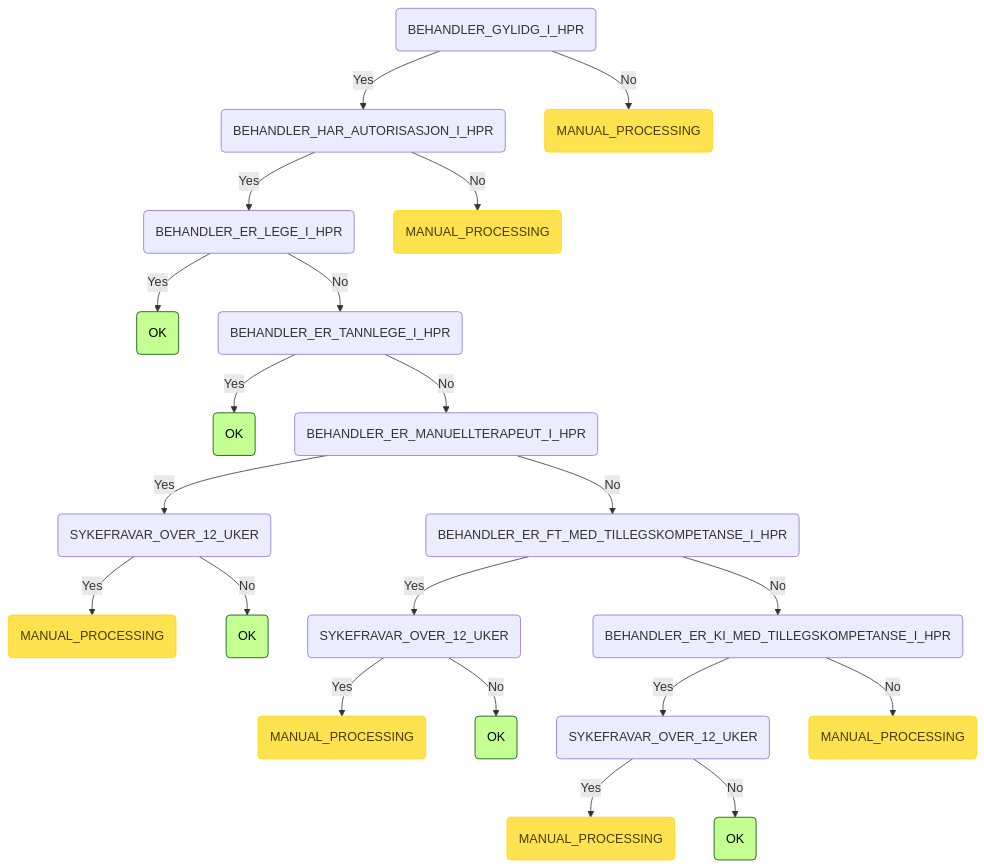
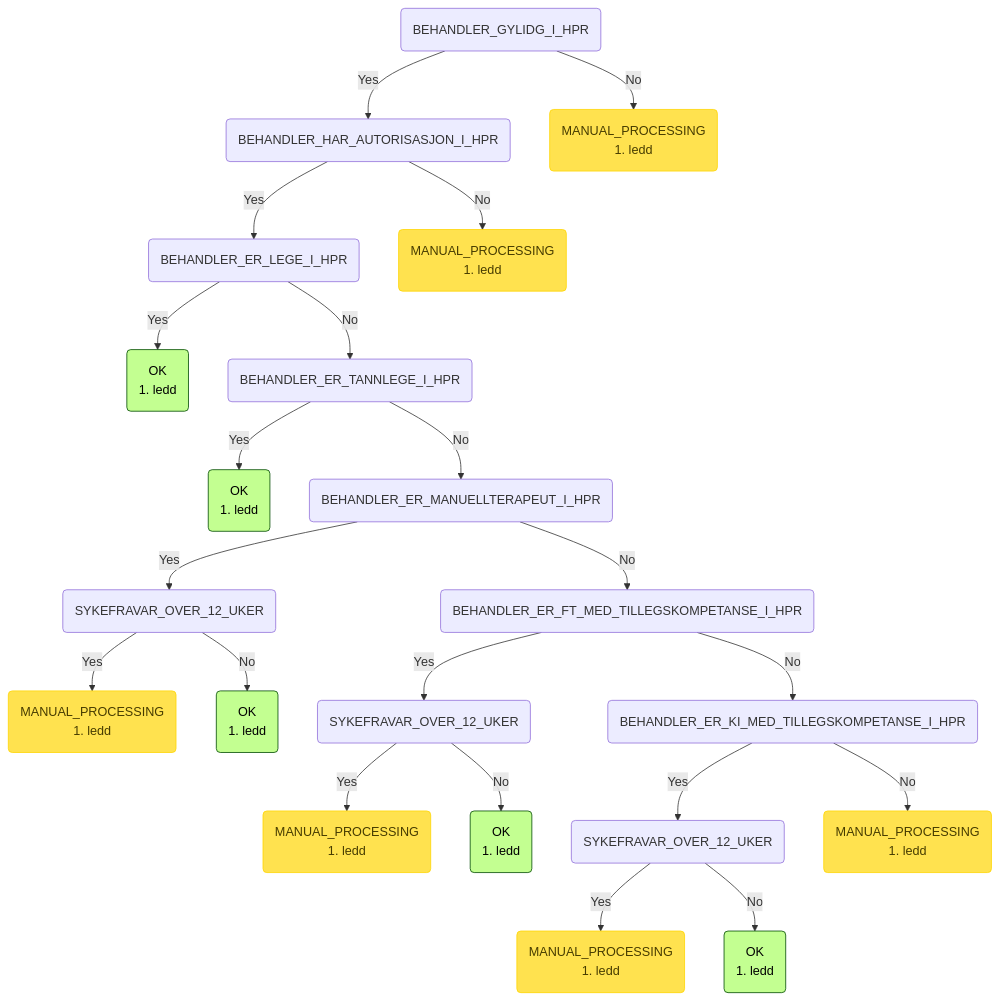
The fourth of 8 diagrams in README.md (navikt/syfosmpapirregler), drawn with Mermaid before and after one commit. The commit also changed other lines of this file and 42 other files, not shown here.

````diff
--- a/README.md
+++ b/README.md
@@ -137,26 +136,31 @@
 ```mermaid
 graph TD
     root(BEHANDLER_GYLIDG_I_HPR) -->|Yes| root_BEHANDLER_GYLIDG_I_HPR_BEHANDLER_HAR_AUTORISASJON_I_HPR(BEHANDLER_HAR_AUTORISASJON_I_HPR)
     root_BEHANDLER_GYLIDG_I_HPR_BEHANDLER_HAR_AUTORISASJON_I_HPR(BEHANDLER_HAR_AUTORISASJON_I_HPR) -->|Yes| root_BEHANDLER_GYLIDG_I_HPR_BEHANDLER_HAR_AUTORISASJON_I_HPR_BEHANDLER_ER_LEGE_I_HPR(BEHANDLER_ER_LEGE_I_HPR)
-    root_BEHANDLER_GYLIDG_I_HPR_BEHANDLER_HAR_AUTORISASJON_I_HPR_BEHANDLER_ER_LEGE_I_HPR(BEHANDLER_ER_LEGE_I_HPR) -->|Yes| root_BEHANDLER_GYLIDG_I_HPR_BEHANDLER_HAR_AUTORISASJON_I_HPR_BEHANDLER_ER_LEGE_I_HPR_OK(OK):::ok
+    root_BEHANDLER_GYLIDG_I_HPR_BEHANDLER_HAR_AUTORISASJON_I_HPR_BEHANDLER_ER_LEGE_I_HPR(BEHANDLER_ER_LEGE_I_HPR) -->|Yes| root_BEHANDLER_GYLIDG_I_HPR_BEHANDLER_HAR_AUTORISASJON_I_HPR_BEHANDLER_ER_LEGE_I_HPR_OK(OK
+1. ledd):::ok
     root_BEHANDLER_GYLIDG_I_HPR_BEHANDLER_HAR_AUTORISASJON_I_HPR_BEHANDLER_ER_LEGE_I_HPR(BEHANDLER_ER_LEGE_I_HPR) -->|No| root_BEHANDLER_GYLIDG_I_HPR_BEHANDLER_HAR_AUTORISASJON_I_HPR_BEHANDLER_ER_LEGE_I_HPR_BEHANDLER_ER_TANNLEGE_I_HPR(BEHANDLER_ER_TANNLEGE_I_HPR)
-    root_BEHANDLER_GYLIDG_I_HPR_BEHANDLER_HAR_AUTORISASJON_I_HPR_BEHANDLER_ER_LEGE_I_HPR_BEHANDLER_ER_TANNLEGE_I_HPR(BEHANDLER_ER_TANNLEGE_I_HPR) -->|Yes| root_BEHANDLER_GYLIDG_I_HPR_BEHANDLER_HAR_AUTORISASJON_I_HPR_BEHANDLER_ER_LEGE_I_HPR_BEHANDLER_ER_TANNLEGE_I_HPR_OK(OK):::ok
+    root_BEHANDLER_GYLIDG_I_HPR_BEHANDLER_HAR_AUTORISASJON_I_HPR_BEHANDLER_ER_LEGE_I_HPR_BEHANDLER_ER_TANNLEGE_I_HPR(BEHANDLER_ER_TANNLEGE_I_HPR) -->|Yes| root_BEHANDLER_GYLIDG_I_HPR_BEHANDLER_HAR_AUTORISASJON_I_HPR_BEHANDLER_ER_LEGE_I_HPR_BEHANDLER_ER_TANNLEGE_I_HPR_OK(OK
+1. ledd):::ok
     root_BEHANDLER_GYLIDG_I_HPR_BEHANDLER_HAR_AUTORISASJON_I_HPR_BEHANDLER_ER_LEGE_I_HPR_BEHANDLER_ER_TANNLEGE_I_HPR(BEHANDLER_ER_TANNLEGE_I_HPR) -->|No| root_BEHANDLER_GYLIDG_I_HPR_BEHANDLER_HAR_AUTORISASJON_I_HPR_BEHANDLER_ER_LEGE_I_HPR_BEHANDLER_ER_TANNLEGE_I_HPR_BEHANDLER_ER_MANUELLTERAPEUT_I_HPR(BEHANDLER_ER_MANUELLTERAPEUT_I_HPR)
     root_BEHANDLER_GYLIDG_I_HPR_BEHANDLER_HAR_AUTORISASJON_I_HPR_BEHANDLER_ER_LEGE_I_HPR_BEHANDLER_ER_TANNLEGE_I_HPR_BEHANDLER_ER_MANUELLTERAPEUT_I_HPR(BEHANDLER_ER_MANUELLTERAPEUT_I_HPR) -->|Yes| root_BEHANDLER_GYLIDG_I_HPR_BEHANDLER_HAR_AUTORISASJON_I_HPR_BEHANDLER_ER_LEGE_I_HPR_BEHANDLER_ER_TANNLEGE_I_HPR_BEHANDLER_ER_MANUELLTERAPEUT_I_HPR_SYKEFRAVAR_OVER_12_UKER(SYKEFRAVAR_OVER_12_UKER)
-    root_BEHANDLER_GYLIDG_I_HPR_BEHANDLER_HAR_AUTORISASJON_I_HPR_BEHANDLER_ER_LEGE_I_HPR_BEHANDLER_ER_TANNLEGE_I_HPR_BEHANDLER_ER_MANUELLTERAPEUT_I_HPR_SYKEFRAVAR_OVER_12_UKER(SYKEFRAVAR_OVER_12_UKER) -->|Yes| root_BEHANDLER_GYLIDG_I_HPR_BEHANDLER_HAR_AUTORISASJON_I_HPR_BEHANDLER_ER_LEGE_I_HPR_BEHANDLER_ER_TANNLEGE_I_HPR_BEHANDLER_ER_MANUELLTERAPEUT_I_HPR_SYKEFRAVAR_OVER_12_UKER_MANUAL_PROCESSING(MANUAL_PROCESSING):::manuell
-    root_BEHANDLER_GYLIDG_I_HPR_BEHANDLER_HAR_AUTORISASJON_I_HPR_BEHANDLER_ER_LEGE_I_HPR_BEHANDLER_ER_TANNLEGE_I_HPR_BEHANDLER_ER_MANUELLTERAPEUT_I_HPR_SYKEFRAVAR_OVER_12_UKER(SYKEFRAVAR_OVER_12_UKER) -->|No| root_BEHANDLER_GYLIDG_I_HPR_BEHANDLER_HAR_AUTORISASJON_I_HPR_BEHANDLER_ER_LEGE_I_HPR_BEHANDLER_ER_TANNLEGE_I_HPR_BEHANDLER_ER_MANUELLTERAPEUT_I_HPR_SYKEFRAVAR_OVER_12_UKER_OK(OK):::ok
+    root_BEHANDLER_GYLIDG_I_HPR_BEHANDLER_HAR_AUTORISASJON_I_HPR_BEHANDLER_ER_LEGE_I_HPR_BEHANDLER_ER_TANNLEGE_I_HPR_BEHANDLER_ER_MANUELLTERAPEUT_I_HPR_SYKEFRAVAR_OVER_12_UKER(SYKEFRAVAR_OVER_12_UKER) -->|Yes| root_BEHANDLER_GYLIDG_I_HPR_BEHANDLER_HAR_AUTORISASJON_I_HPR_BEHANDLER_ER_LEGE_I_HPR_BEHANDLER_ER_TANNLEGE_I_HPR_BEHANDLER_ER_MANUELLTERAPEUT_I_HPR_SYKEFRAVAR_OVER_12_UKER_MANUAL_PROCESSING(MANUAL_PROCESSING
+1. ledd):::manuell
+    root_BEHANDLER_GYLIDG_I_HPR_BEHANDLER_HAR_AUTORISASJON_I_HPR_BEHANDLER_ER_LEGE_I_HPR_BEHANDLER_ER_TANNLEGE_I_HPR_BEHANDLER_ER_MANUELLTERAPEUT_I_HPR_SYKEFRAVAR_OVER_12_UKER(SYKEFRAVAR_OVER_12_UKER) -->|No| root_BEHANDLER_GYLIDG_I_HPR_BEHANDLER_HAR_AUTORISASJON_I_HPR_BEHANDLER_ER_LEGE_I_HPR_BEHANDLER_ER_TANNLEGE_I_HPR_BEHANDLER_ER_MANUELLTERAPEUT_I_HPR_SYKEFRAVAR_OVER_12_UKER_OK(OK <br/>1. ledd):::ok
     root_BEHANDLER_GYLIDG_I_HPR_BEHANDLER_HAR_AUTORISASJON_I_HPR_BEHANDLER_ER_LEGE_I_HPR_BEHANDLER_ER_TANNLEGE_I_HPR_BEHANDLER_ER_MANUELLTERAPEUT_I_HPR(BEHANDLER_ER_MANUELLTERAPEUT_I_HPR) -->|No| root_BEHANDLER_GYLIDG_I_HPR_BEHANDLER_HAR_AUTORISASJON_I_HPR_BEHANDLER_ER_LEGE_I_HPR_BEHANDLER_ER_TANNLEGE_I_HPR_BEHANDLER_ER_MANUELLTERAPEUT_I_HPR_BEHANDLER_ER_FT_MED_TILLEGSKOMPETANSE_I_HPR(BEHANDLER_ER_FT_MED_TILLEGSKOMPETANSE_I_HPR)
     root_BEHANDLER_GYLIDG_I_HPR_BEHANDLER_HAR_AUTORISASJON_I_HPR_BEHANDLER_ER_LEGE_I_HPR_BEHANDLER_ER_TANNLEGE_I_HPR_BEHANDLER_ER_MANUELLTERAPEUT_I_HPR_BEHANDLER_ER_FT_MED_TILLEGSKOMPETANSE_I_HPR(BEHANDLER_ER_FT_MED_TILLEGSKOMPETANSE_I_HPR) -->|Yes| root_BEHANDLER_GYLIDG_I_HPR_BEHANDLER_HAR_AUTORISASJON_I_HPR_BEHANDLER_ER_LEGE_I_HPR_BEHANDLER_ER_TANNLEGE_I_HPR_BEHANDLER_ER_MANUELLTERAPEUT_I_HPR_BEHANDLER_ER_FT_MED_TILLEGSKOMPETANSE_I_HPR_SYKEFRAVAR_OVER_12_UKER(SYKEFRAVAR_OVER_12_UKER)
-    root_BEHANDLER_GYLIDG_I_HPR_BEHANDLER_HAR_AUTORISASJON_I_HPR_BEHANDLER_ER_LEGE_I_HPR_BEHANDLER_ER_TANNLEGE_I_HPR_BEHANDLER_ER_MANUELLTERAPEUT_I_HPR_BEHANDLER_ER_FT_MED_TILLEGSKOMPETANSE_I_HPR_SYKEFRAVAR_OVER_12_UKER(SYKEFRAVAR_OVER_12_UKER) -->|Yes| root_BEHANDLER_GYLIDG_I_HPR_BEHANDLER_HAR_AUTORISASJON_I_HPR_BEHANDLER_ER_LEGE_I_HPR_BEHANDLER_ER_TANNLEGE_I_HPR_BEHANDLER_ER_MANUELLTERAPEUT_I_HPR_BEHANDLER_ER_FT_MED_TILLEGSKOMPETANSE_I_HPR_SYKEFRAVAR_OVER_12_UKER_MANUAL_PROCESSING(MANUAL_PROCESSING):::manuell
-    root_BEHANDLER_GYLIDG_I_HPR_BEHANDLER_HAR_AUTORISASJON_I_HPR_BEHANDLER_ER_LEGE_I_HPR_BEHANDLER_ER_TANNLEGE_I_HPR_BEHANDLER_ER_MANUELLTERAPEUT_I_HPR_BEHANDLER_ER_FT_MED_TILLEGSKOMPETANSE_I_HPR_SYKEFRAVAR_OVER_12_UKER(SYKEFRAVAR_OVER_12_UKER) -->|No| root_BEHANDLER_GYLIDG_I_HPR_BEHANDLER_HAR_AUTORISASJON_I_HPR_BEHANDLER_ER_LEGE_I_HPR_BEHANDLER_ER_TANNLEGE_I_HPR_BEHANDLER_ER_MANUELLTERAPEUT_I_HPR_BEHANDLER_ER_FT_MED_TILLEGSKOMPETANSE_I_HPR_SYKEFRAVAR_OVER_12_UKER_OK(OK):::ok
+    root_BEHANDLER_GYLIDG_I_HPR_BEHANDLER_HAR_AUTORISASJON_I_HPR_BEHANDLER_ER_LEGE_I_HPR_BEHANDLER_ER_TANNLEGE_I_HPR_BEHANDLER_ER_MANUELLTERAPEUT_I_HPR_BEHANDLER_ER_FT_MED_TILLEGSKOMPETANSE_I_HPR_SYKEFRAVAR_OVER_12_UKER(SYKEFRAVAR_OVER_12_UKER) -->|Yes| root_BEHANDLER_GYLIDG_I_HPR_BEHANDLER_HAR_AUTORISASJON_I_HPR_BEHANDLER_ER_LEGE_I_HPR_BEHANDLER_ER_TANNLEGE_I_HPR_BEHANDLER_ER_MANUELLTERAPEUT_I_HPR_BEHANDLER_ER_FT_MED_TILLEGSKOMPETANSE_I_HPR_SYKEFRAVAR_OVER_12_UKER_MANUAL_PROCESSING(MANUAL_PROCESSING
+1. ledd):::manuell
+    root_BEHANDLER_GYLIDG_I_HPR_BEHANDLER_HAR_AUTORISASJON_I_HPR_BEHANDLER_ER_LEGE_I_HPR_BEHANDLER_ER_TANNLEGE_I_HPR_BEHANDLER_ER_MANUELLTERAPEUT_I_HPR_BEHANDLER_ER_FT_MED_TILLEGSKOMPETANSE_I_HPR_SYKEFRAVAR_OVER_12_UKER(SYKEFRAVAR_OVER_12_UKER) -->|No| root_BEHANDLER_GYLIDG_I_HPR_BEHANDLER_HAR_AUTORISASJON_I_HPR_BEHANDLER_ER_LEGE_I_HPR_BEHANDLER_ER_TANNLEGE_I_HPR_BEHANDLER_ER_MANUELLTERAPEUT_I_HPR_BEHANDLER_ER_FT_MED_TILLEGSKOMPETANSE_I_HPR_SYKEFRAVAR_OVER_12_UKER_OK(OK <br/>1. ledd):::ok
     root_BEHANDLER_GYLIDG_I_HPR_BEHANDLER_HAR_AUTORISASJON_I_HPR_BEHANDLER_ER_LEGE_I_HPR_BEHANDLER_ER_TANNLEGE_I_HPR_BEHANDLER_ER_MANUELLTERAPEUT_I_HPR_BEHANDLER_ER_FT_MED_TILLEGSKOMPETANSE_I_HPR(BEHANDLER_ER_FT_MED_TILLEGSKOMPETANSE_I_HPR) -->|No| root_BEHANDLER_GYLIDG_I_HPR_BEHANDLER_HAR_AUTORISASJON_I_HPR_BEHANDLER_ER_LEGE_I_HPR_BEHANDLER_ER_TANNLEGE_I_HPR_BEHANDLER_ER_MANUELLTERAPEUT_I_HPR_BEHANDLER_ER_FT_MED_TILLEGSKOMPETANSE_I_HPR_BEHANDLER_ER_KI_MED_TILLEGSKOMPETANSE_I_HPR(BEHANDLER_ER_KI_MED_TILLEGSKOMPETANSE_I_HPR)
     root_BEHANDLER_GYLIDG_I_HPR_BEHANDLER_HAR_AUTORISASJON_I_HPR_BEHANDLER_ER_LEGE_I_HPR_BEHANDLER_ER_TANNLEGE_I_HPR_BEHANDLER_ER_MANUELLTERAPEUT_I_HPR_BEHANDLER_ER_FT_MED_TILLEGSKOMPETANSE_I_HPR_BEHANDLER_ER_KI_MED_TILLEGSKOMPETANSE_I_HPR(BEHANDLER_ER_KI_MED_TILLEGSKOMPETANSE_I_HPR) -->|Yes| root_BEHANDLER_GYLIDG_I_HPR_BEHANDLER_HAR_AUTORISASJON_I_HPR_BEHANDLER_ER_LEGE_I_HPR_BEHANDLER_ER_TANNLEGE_I_HPR_BEHANDLER_ER_MANUELLTERAPEUT_I_HPR_BEHANDLER_ER_FT_MED_TILLEGSKOMPETANSE_I_HPR_BEHANDLER_ER_KI_MED_TILLEGSKOMPETANSE_I_HPR_SYKEFRAVAR_OVER_12_UKER(SYKEFRAVAR_OVER_12_UKER)
-    root_BEHANDLER_GYLIDG_I_HPR_BEHANDLER_HAR_AUTORISASJON_I_HPR_BEHANDLER_ER_LEGE_I_HPR_BEHANDLER_ER_TANNLEGE_I_HPR_BEHANDLER_ER_MANUELLTERAPEUT_I_HPR_BEHANDLER_ER_FT_MED_TILLEGSKOMPETANSE_I_HPR_BEHANDLER_ER_KI_MED_TILLEGSKOMPETANSE_I_HPR_SYKEFRAVAR_OVER_12_UKER(SYKEFRAVAR_OVER_12_UKER) -->|Yes| root_BEHANDLER_GYLIDG_I_HPR_BEHANDLER_HAR_AUTORISASJON_I_HPR_BEHANDLER_ER_LEGE_I_HPR_BEHANDLER_ER_TANNLEGE_I_HPR_BEHANDLER_ER_MANUELLTERAPEUT_I_HPR_BEHANDLER_ER_FT_MED_TILLEGSKOMPETANSE_I_HPR_BEHANDLER_ER_KI_MED_TILLEGSKOMPETANSE_I_HPR_SYKEFRAVAR_OVER_12_UKER_MANUAL_PROCESSING(MANUAL_PROCESSING):::manuell
-    root_BEHANDLER_GYLIDG_I_HPR_BEHANDLER_HAR_AUTORISASJON_I_HPR_BEHANDLER_ER_LEGE_I_HPR_BEHANDLER_ER_TANNLEGE_I_HPR_BEHANDLER_ER_MANUELLTERAPEUT_I_HPR_BEHANDLER_ER_FT_MED_TILLEGSKOMPETANSE_I_HPR_BEHANDLER_ER_KI_MED_TILLEGSKOMPETANSE_I_HPR_SYKEFRAVAR_OVER_12_UKER(SYKEFRAVAR_OVER_12_UKER) -->|No| root_BEHANDLER_GYLIDG_I_HPR_BEHANDLER_HAR_AUTORISASJON_I_HPR_BEHANDLER_ER_LEGE_I_HPR_BEHANDLER_ER_TANNLEGE_I_HPR_BEHANDLER_ER_MANUELLTERAPEUT_I_HPR_BEHANDLER_ER_FT_MED_TILLEGSKOMPETANSE_I_HPR_BEHANDLER_ER_KI_MED_TILLEGSKOMPETANSE_I_HPR_SYKEFRAVAR_OVER_12_UKER_OK(OK):::ok
-    root_BEHANDLER_GYLIDG_I_HPR_BEHANDLER_HAR_AUTORISASJON_I_HPR_BEHANDLER_ER_LEGE_I_HPR_BEHANDLER_ER_TANNLEGE_I_HPR_BEHANDLER_ER_MANUELLTERAPEUT_I_HPR_BEHANDLER_ER_FT_MED_TILLEGSKOMPETANSE_I_HPR_BEHANDLER_ER_KI_MED_TILLEGSKOMPETANSE_I_HPR(BEHANDLER_ER_KI_MED_TILLEGSKOMPETANSE_I_HPR) -->|No| root_BEHANDLER_GYLIDG_I_HPR_BEHANDLER_HAR_AUTORISASJON_I_HPR_BEHANDLER_ER_LEGE_I_HPR_BEHANDLER_ER_TANNLEGE_I_HPR_BEHANDLER_ER_MANUELLTERAPEUT_I_HPR_BEHANDLER_ER_FT_MED_TILLEGSKOMPETANSE_I_HPR_BEHANDLER_ER_KI_MED_TILLEGSKOMPETANSE_I_HPR_MANUAL_PROCESSING(MANUAL_PROCESSING):::manuell
-    root_BEHANDLER_GYLIDG_I_HPR_BEHANDLER_HAR_AUTORISASJON_I_HPR(BEHANDLER_HAR_AUTORISASJON_I_HPR) -->|No| root_BEHANDLER_GYLIDG_I_HPR_BEHANDLER_HAR_AUTORISASJON_I_HPR_MANUAL_PROCESSING(MANUAL_PROCESSING):::manuell
-    root(BEHANDLER_GYLIDG_I_HPR) -->|No| root_BEHANDLER_GYLIDG_I_HPR_MANUAL_PROCESSING(MANUAL_PROCESSING):::manuell
+    root_BEHANDLER_GYLIDG_I_HPR_BEHANDLER_HAR_AUTORISASJON_I_HPR_BEHANDLER_ER_LEGE_I_HPR_BEHANDLER_ER_TANNLEGE_I_HPR_BEHANDLER_ER_MANUELLTERAPEUT_I_HPR_BEHANDLER_ER_FT_MED_TILLEGSKOMPETANSE_I_HPR_BEHANDLER_ER_KI_MED_TILLEGSKOMPETANSE_I_HPR_SYKEFRAVAR_OVER_12_UKER(SYKEFRAVAR_OVER_12_UKER) -->|Yes| root_BEHANDLER_GYLIDG_I_HPR_BEHANDLER_HAR_AUTORISASJON_I_HPR_BEHANDLER_ER_LEGE_I_HPR_BEHANDLER_ER_TANNLEGE_I_HPR_BEHANDLER_ER_MANUELLTERAPEUT_I_HPR_BEHANDLER_ER_FT_MED_TILLEGSKOMPETANSE_I_HPR_BEHANDLER_ER_KI_MED_TILLEGSKOMPETANSE_I_HPR_SYKEFRAVAR_OVER_12_UKER_MANUAL_PROCESSING(MANUAL_PROCESSING
+1. ledd):::manuell
+    root_BEHANDLER_GYLIDG_I_HPR_BEHANDLER_HAR_AUTORISASJON_I_HPR_BEHANDLER_ER_LEGE_I_HPR_BEHANDLER_ER_TANNLEGE_I_HPR_BEHANDLER_ER_MANUELLTERAPEUT_I_HPR_BEHANDLER_ER_FT_MED_TILLEGSKOMPETANSE_I_HPR_BEHANDLER_ER_KI_MED_TILLEGSKOMPETANSE_I_HPR_SYKEFRAVAR_OVER_12_UKER(SYKEFRAVAR_OVER_12_UKER) -->|No| root_BEHANDLER_GYLIDG_I_HPR_BEHANDLER_HAR_AUTORISASJON_I_HPR_BEHANDLER_ER_LEGE_I_HPR_BEHANDLER_ER_TANNLEGE_I_HPR_BEHANDLER_ER_MANUELLTERAPEUT_I_HPR_BEHANDLER_ER_FT_MED_TILLEGSKOMPETANSE_I_HPR_BEHANDLER_ER_KI_MED_TILLEGSKOMPETANSE_I_HPR_SYKEFRAVAR_OVER_12_UKER_OK(OK <br/>1. ledd):::ok
+    root_BEHANDLER_GYLIDG_I_HPR_BEHANDLER_HAR_AUTORISASJON_I_HPR_BEHANDLER_ER_LEGE_I_HPR_BEHANDLER_ER_TANNLEGE_I_HPR_BEHANDLER_ER_MANUELLTERAPEUT_I_HPR_BEHANDLER_ER_FT_MED_TILLEGSKOMPETANSE_I_HPR_BEHANDLER_ER_KI_MED_TILLEGSKOMPETANSE_I_HPR(BEHANDLER_ER_KI_MED_TILLEGSKOMPETANSE_I_HPR) -->|No| root_BEHANDLER_GYLIDG_I_HPR_BEHANDLER_HAR_AUTORISASJON_I_HPR_BEHANDLER_ER_LEGE_I_HPR_BEHANDLER_ER_TANNLEGE_I_HPR_BEHANDLER_ER_MANUELLTERAPEUT_I_HPR_BEHANDLER_ER_FT_MED_TILLEGSKOMPETANSE_I_HPR_BEHANDLER_ER_KI_MED_TILLEGSKOMPETANSE_I_HPR_MANUAL_PROCESSING(MANUAL_PROCESSING <br/>1. ledd):::manuell
+    root_BEHANDLER_GYLIDG_I_HPR_BEHANDLER_HAR_AUTORISASJON_I_HPR(BEHANDLER_HAR_AUTORISASJON_I_HPR) -->|No| root_BEHANDLER_GYLIDG_I_HPR_BEHANDLER_HAR_AUTORISASJON_I_HPR_MANUAL_PROCESSING(MANUAL_PROCESSING <br/>1. ledd):::manuell
+    root(BEHANDLER_GYLIDG_I_HPR) -->|No| root_BEHANDLER_GYLIDG_I_HPR_MANUAL_PROCESSING(MANUAL_PROCESSING <br/>1. ledd):::manuell
     classDef ok fill:#c3ff91,stroke:#004a00,color: black;
     classDef invalid fill:#ff7373,stroke:#ff0000,color: black;
     classDef manuell fill:#ffe24f,stroke:#ffd500,color: #473c00;
 ```
````
